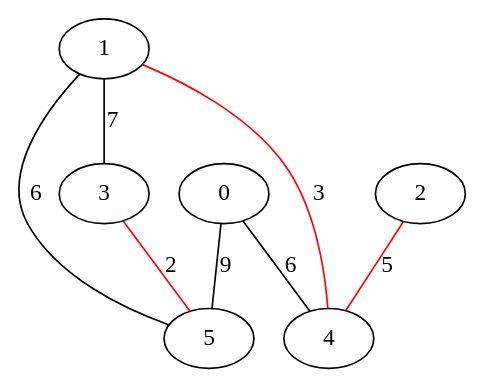
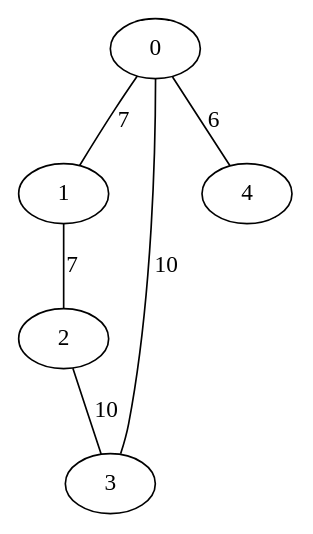
One commit to iagomcanuto/tecnicas-programacao-avancada changed the diagram in grafos/output/grafo.dot. Above: the diagram before and after it, drawn with Graphviz. The commit also changed 4 other files, not shown here.

```diff
--- a/grafos/output/grafo.dot
+++ b/grafos/output/grafo.dot
@@ -1,15 +1,12 @@
 graph Grafo{
 0;
 1;
 2;
 3;
 4;
-5;
 0--4 [weight=6, label=6]
-0--5 [weight=9, label=9]
-1--4 [weight=3, label=3, color=red];
-1--3 [weight=7, label=7]
-1--5 [weight=6, label=6]
-2--4 [weight=5, label=5, color=red];
-3--5 [weight=2, label=2, color=red];
+0--3 [weight=10, label=10]
+0--1 [weight=7, label=7]
+1--2 [weight=7, label=7]
+2--3 [weight=10, label=10]
 }
```
